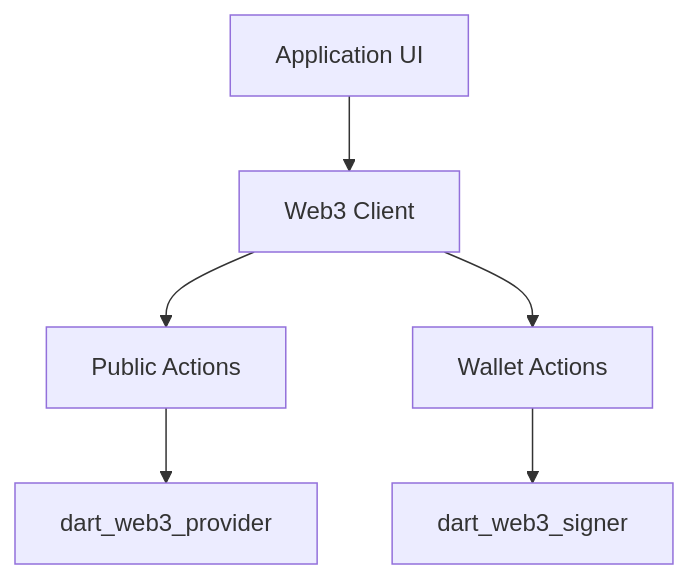
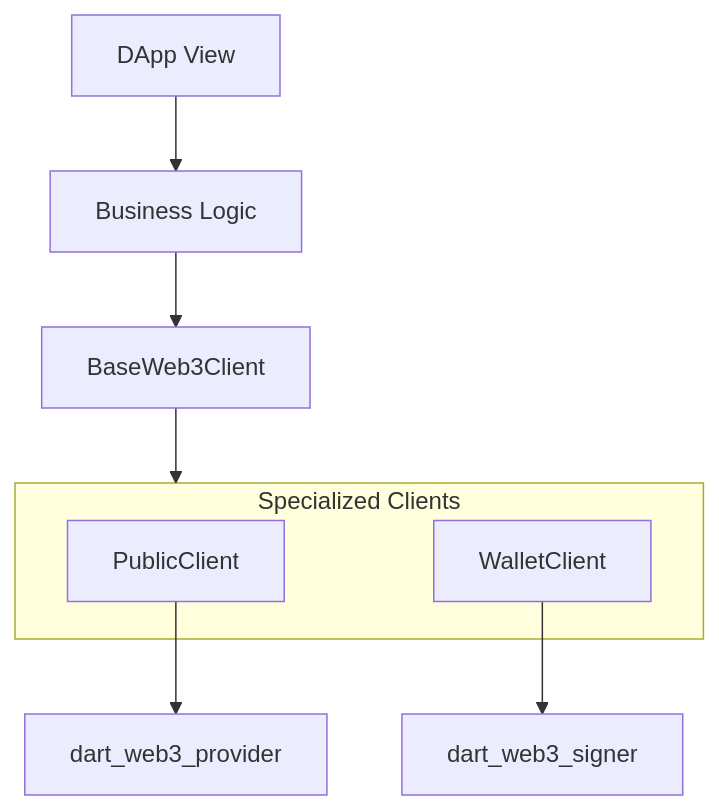
The diagram in dart_web3/packages/client/README.md (ImL1s/dart_web3), drawn with Mermaid before and after one commit. The commit also changed other lines of this file and 31 other files, not shown here.

````diff
--- a/dart_web3/packages/client/README.md
+++ b/dart_web3/packages/client/README.md
@@ -14,9 +18,14 @@
 ```mermaid
 graph TD
-    UI[Application UI] --> Client[Web3 Client]
-    Client --> Public[Public Actions]
-    Client --> Wallet[Wallet Actions]
+    App[DApp View] --> Controller[Business Logic]
+    Controller --> Client[BaseWeb3Client]
     
+    subgraph Specialists [Specialized Clients]
+        Public[PublicClient]
+        Wallet[WalletClient]
+    end
+    
+    Client --> Specialists
     Public --> Provider[dart_web3_provider]
     Wallet --> Signer[dart_web3_signer]
 ```
````
